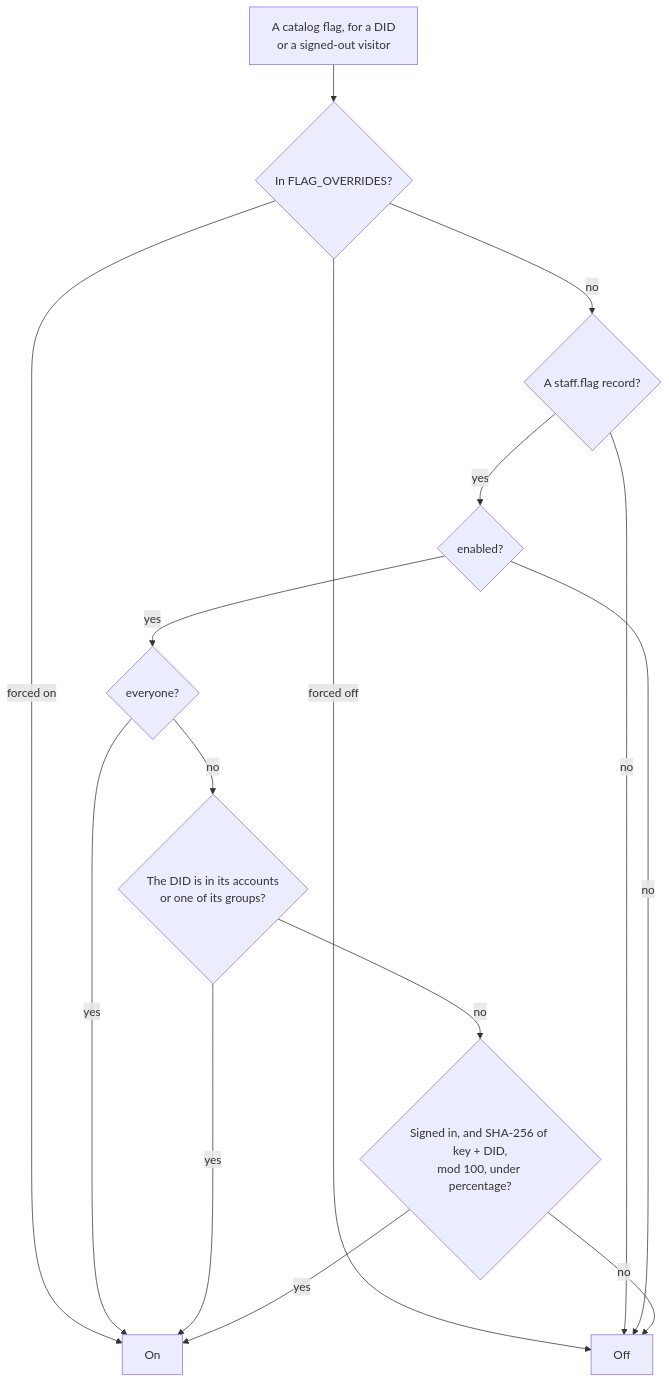
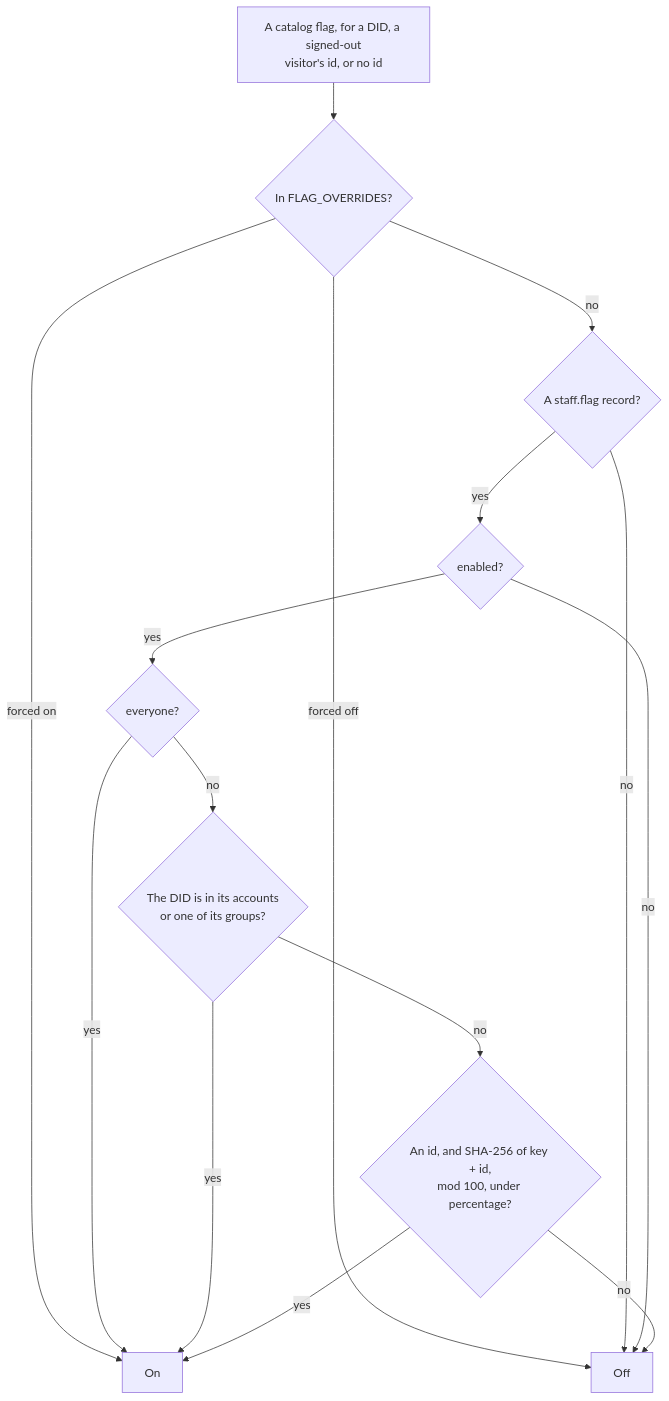
One commit to cutenode/localnetwork changed the first of 5 diagrams in apps/web/docs/diagrams/flags.md. Above: the diagram before and after it, drawn with Mermaid. The commit also changed other lines of this file and 30 other files, not shown here.

First line of the commit message:
feat(web): say which pages a flag shows on, and count signed-out visitors in a rollout

````diff
--- a/apps/web/docs/diagrams/flags.md
+++ b/apps/web/docs/diagrams/flags.md
@@ -15,17 +15,17 @@
 ```mermaid
 flowchart TD
-  Ask["A catalog flag, for a DID<br/>or a signed-out visitor"] --> Forced{"In FLAG_OVERRIDES?"}
+  Ask["A catalog flag, for a DID, a signed-out<br/>visitor's id, or no id"] --> Forced{"In FLAG_OVERRIDES?"}
   Forced -- "forced on" --> On["On"]
   Forced -- "forced off" --> Off["Off"]
   Forced -- "no" --> Record{"A staff.flag record?"}
   Record -- "no" --> Off
   Record -- "yes" --> Enabled{"enabled?"}
   Enabled -- "no" --> Off
   Enabled -- "yes" --> Everyone{"everyone?"}
   Everyone -- "yes" --> On
   Everyone -- "no" --> Targeted{"The DID is in its accounts<br/>or one of its groups?"}
   Targeted -- "yes" --> On
-  Targeted -- "no" --> Bucket{"Signed in, and SHA-256 of key + DID,<br/>mod 100, under percentage?"}
+  Targeted -- "no" --> Bucket{"An id, and SHA-256 of key + id,<br/>mod 100, under percentage?"}
   Bucket -- "yes" --> On
   Bucket -- "no" --> Off
 ```
````
